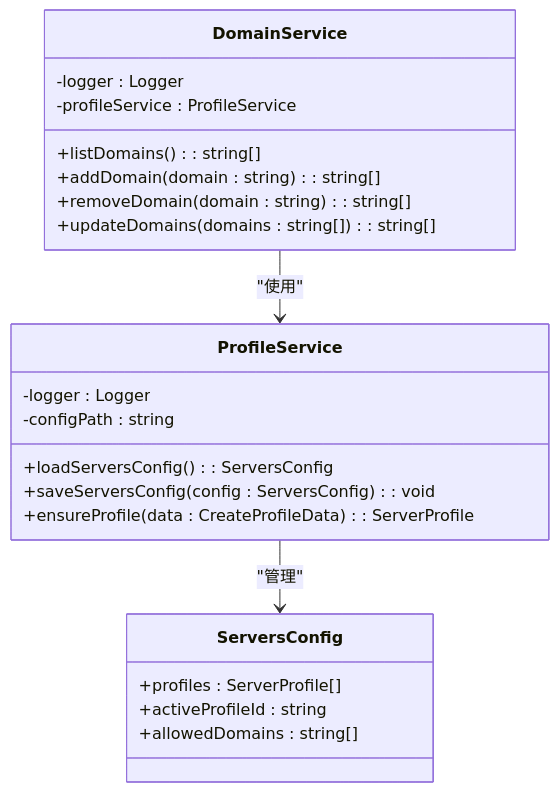
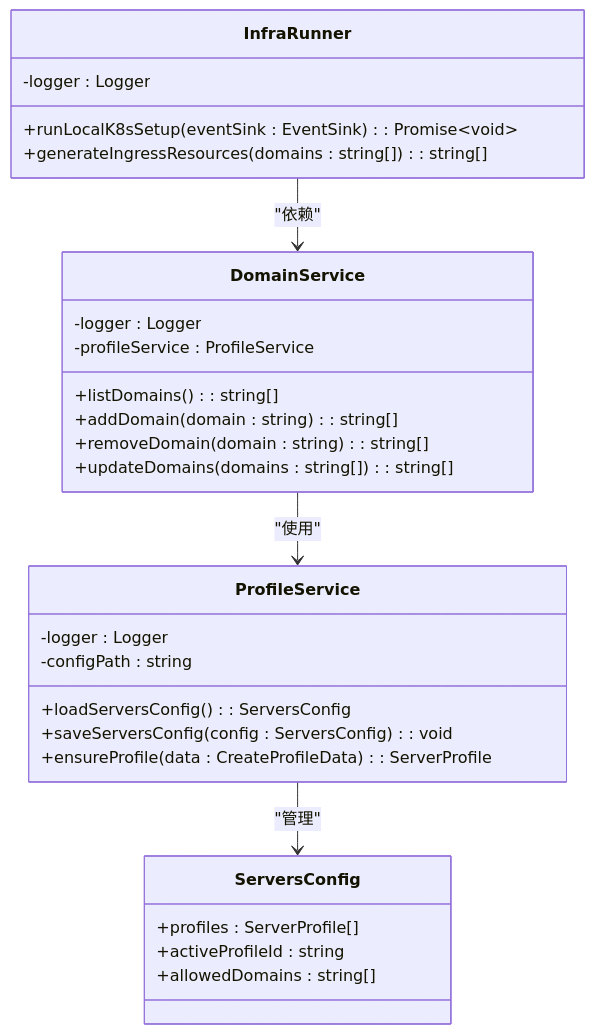
One commit to RabbitAI-Lab/Sandbox-Manager changed the third of 9 diagrams in .qoder/repowiki/zh/content/后端服务详解/域名管理系统.md. Above: the diagram before and after it, drawn with Mermaid. The commit also changed other lines of this file and 15 other files, not shown here.

````diff
--- a/.qoder/repowiki/zh/content/后端服务详解/域名管理系统.md
+++ b/.qoder/repowiki/zh/content/后端服务详解/域名管理系统.md
@@ -149,25 +179,31 @@
 ```mermaid
 classDiagram
 class DomainService {
 -logger : Logger
 -profileService : ProfileService
 +listDomains() : string[]
 +addDomain(domain : string) : string[]
 +removeDomain(domain : string) : string[]
 +updateDomains(domains : string[]) : string[]
 }
 class ProfileService {
 -logger : Logger
 -configPath : string
 +loadServersConfig() : ServersConfig
 +saveServersConfig(config : ServersConfig) : void
 +ensureProfile(data : CreateProfileData) : ServerProfile
 }
 class ServersConfig {
 +profiles : ServerProfile[]
 +activeProfileId : string
 +allowedDomains : string[]
 }
+class InfraRunner {
+-logger : Logger
++runLocalK8sSetup(eventSink : EventSink) : Promise~void~
++generateIngressResources(domains : string[]) : string[]
+}
 DomainService --> ProfileService : "使用"
 ProfileService --> ServersConfig : "管理"
+InfraRunner --> DomainService : "依赖"
 ```
````
